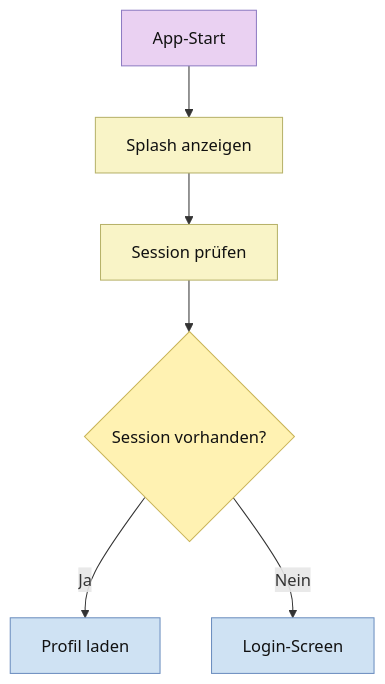
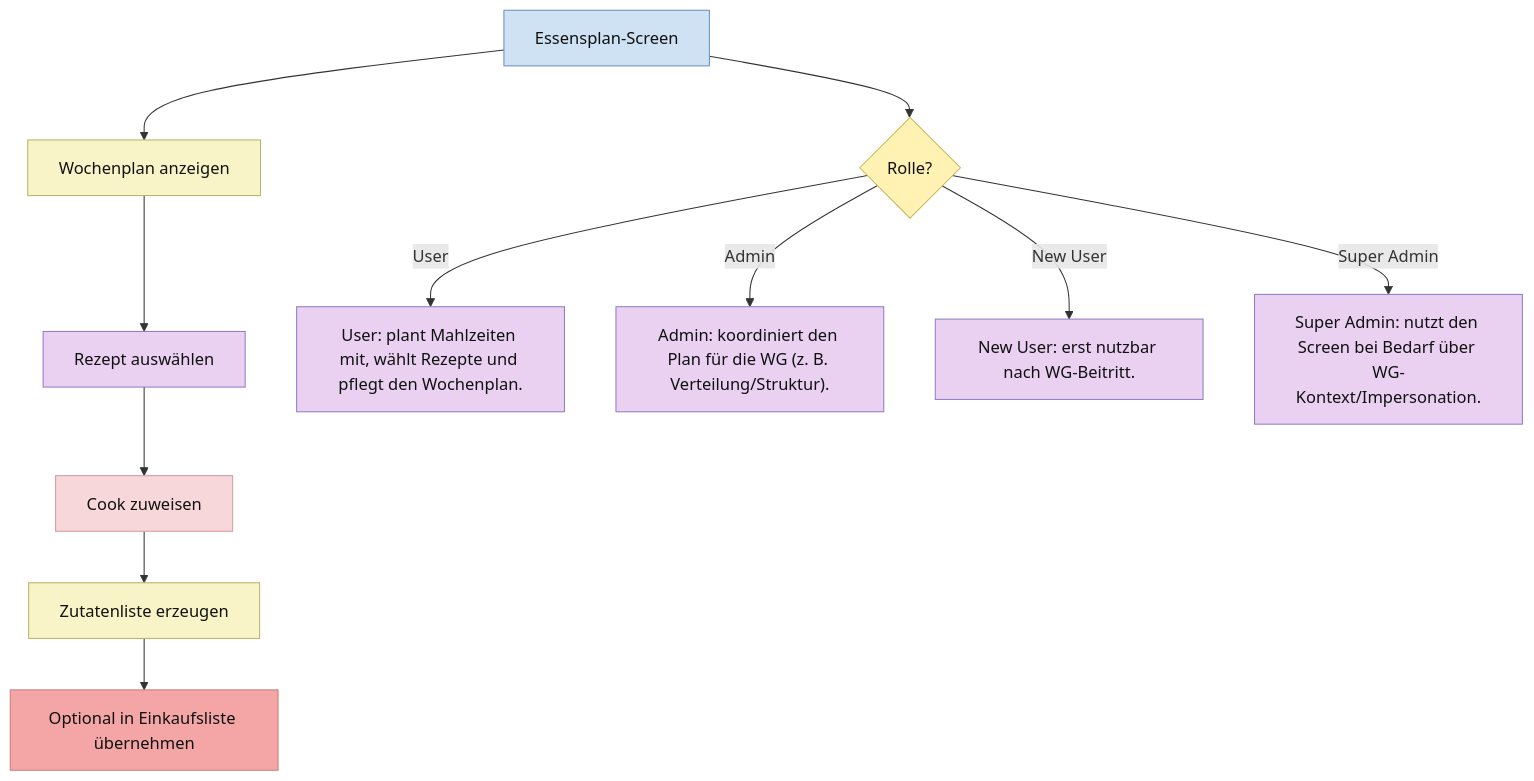
Before and after one commit to Nejy190501/WGManager: diagram 12 of 27 in ABLAUFDIAGRAMM.md, drawn with Mermaid. The commit also changed other lines of this file, not shown here.

````diff
--- a/ABLAUFDIAGRAMM.md
+++ b/ABLAUFDIAGRAMM.md
@@ -460,21 +630,35 @@
 ```mermaid
 flowchart TD
-    A["App-Start"] --> B["Splash anzeigen"]
-    B --> C["Session prüfen"]
-    C --> D{"Session vorhanden?"}
-    D -->|Ja| E["Profil laden"]
-    D -->|Nein| F["Login-Screen"]
+    A["Essensplan-Screen"] --> B["Wochenplan anzeigen"]
+    B --> C["Rezept auswählen"]
+    C --> D["Cook zuweisen"]
+    D --> E["Zutatenliste erzeugen"]
+    E --> F["Optional in Einkaufsliste übernehmen"]
+
+
+    A --> RLQ{"Rolle?"}
+    RLU["User: plant Mahlzeiten mit, wählt Rezepte und pflegt den Wochenplan."]
+    RLA["Admin: koordiniert den Plan für die WG (z. B. Verteilung/Struktur)."]
+    RLN["New User: erst nutzbar nach WG-Beitritt."]
+    RLS["Super Admin: nutzt den Screen bei Bedarf über WG-Kontext/Impersonation."]
+    RLQ -->|User| RLU
+    RLQ -->|Admin| RLA
+    RLQ -->|New User| RLN
+    RLQ -->|Super Admin| RLS
 
     classDef userAction fill:#ead1f2,stroke:#8e7cc3,color:#111;
     classDef systemAction fill:#f9f4c7,stroke:#b7b26a,color:#111;
     classDef userDecision fill:#f4cccc,stroke:#cc7a7a,color:#111;
     classDef systemDecision fill:#fff2b2,stroke:#c9b458,color:#111;
     classDef button fill:#f4a6a6,stroke:#c97b7b,color:#111;
     classDef userInput fill:#f8d7da,stroke:#d49aa2,color:#111;
     classDef screen fill:#cfe2f3,stroke:#6c8ebf,color:#111;
 
-    class A userAction;
-    class B,C systemAction;
-    class D systemDecision;
-    class E,F screen;
+    class B,E systemAction;
+    class C userAction;
+    class D userInput;
+    class F button;
+    class A screen;
+    class RLQ systemDecision;
+    class RLU,RLA,RLN,RLS userAction;
 ```
````
